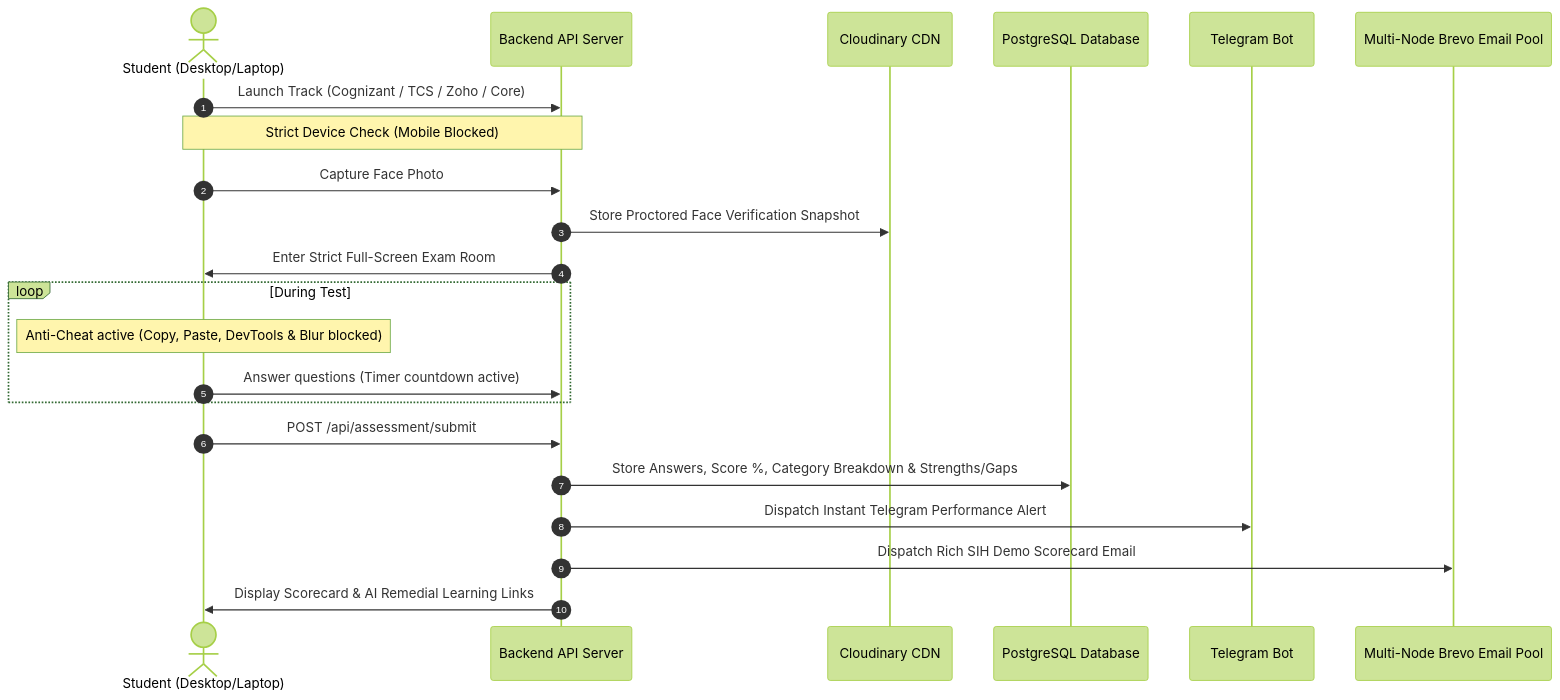
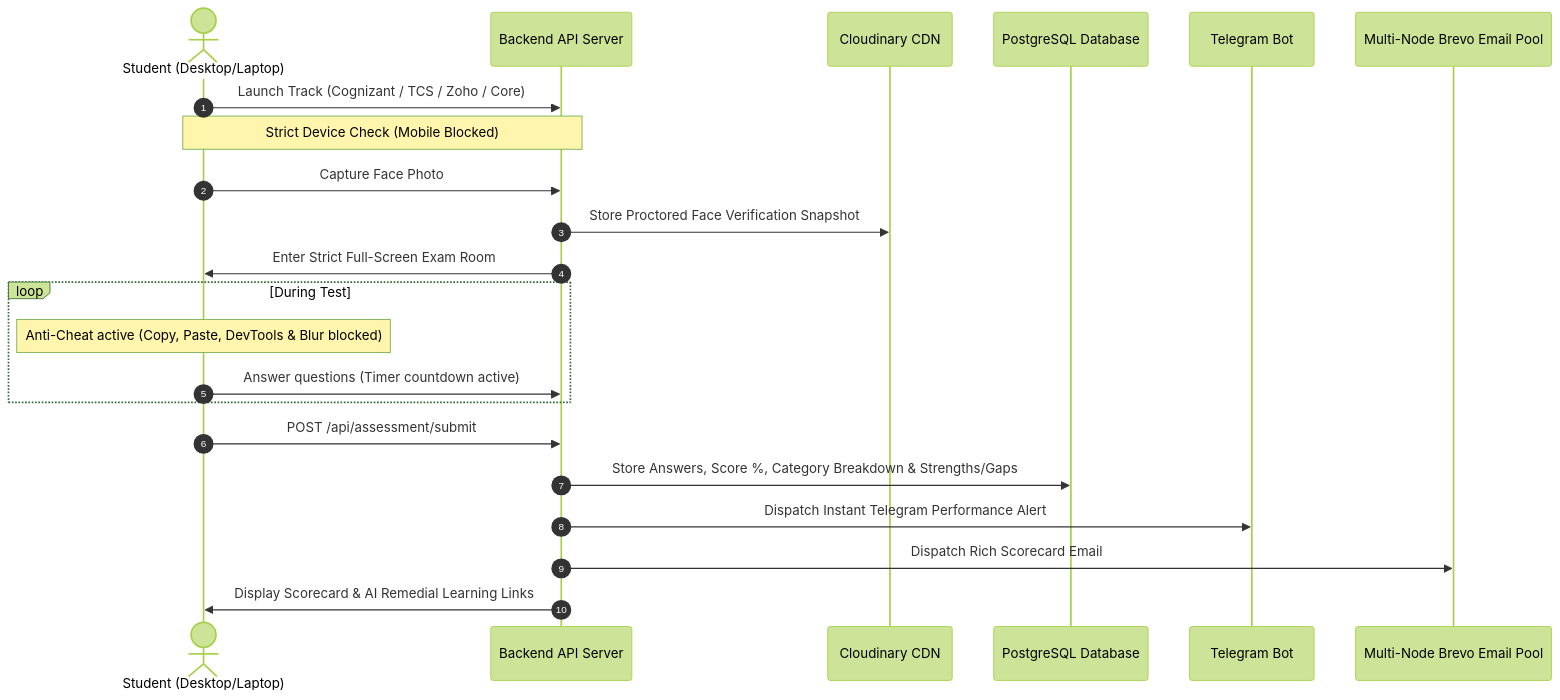
The eighth of 10 diagrams in README.md (Tharun4743/taskmanager), drawn with Mermaid (forest theme) before and after one commit. The commit also changed other lines of this file and 14 other files, not shown here.

````diff
--- a/README.md
+++ b/README.md
@@ -529,27 +529,27 @@
 ```mermaid
 sequenceDiagram
     autonumber
     actor Student as Student (Desktop/Laptop)
     participant Server as Backend API Server
     participant Cloudinary as Cloudinary CDN
     participant DB as PostgreSQL Database
     participant Telegram as Telegram Bot
     participant Email as Multi-Node Brevo Email Pool
 
     Student->>Server: Launch Track (Cognizant / TCS / Zoho / Core)
     Note over Student,Server: Strict Device Check (Mobile Blocked)
     Student->>Server: Capture Face Photo
     Server->>Cloudinary: Store Proctored Face Verification Snapshot
     Server->>Student: Enter Strict Full-Screen Exam Room
     
     loop During Test
         Note over Student: Anti-Cheat active (Copy, Paste, DevTools & Blur blocked)
         Student->>Server: Answer questions (Timer countdown active)
     end
     
     Student->>Server: POST /api/assessment/submit
     Server->>DB: Store Answers, Score %, Category Breakdown & Strengths/Gaps
     Server->>Telegram: Dispatch Instant Telegram Performance Alert
-    Server->>Email: Dispatch Rich SIH Demo Scorecard Email
+    Server->>Email: Dispatch Rich Scorecard Email
     Server->>Student: Display Scorecard & AI Remedial Learning Links
 ```
````
